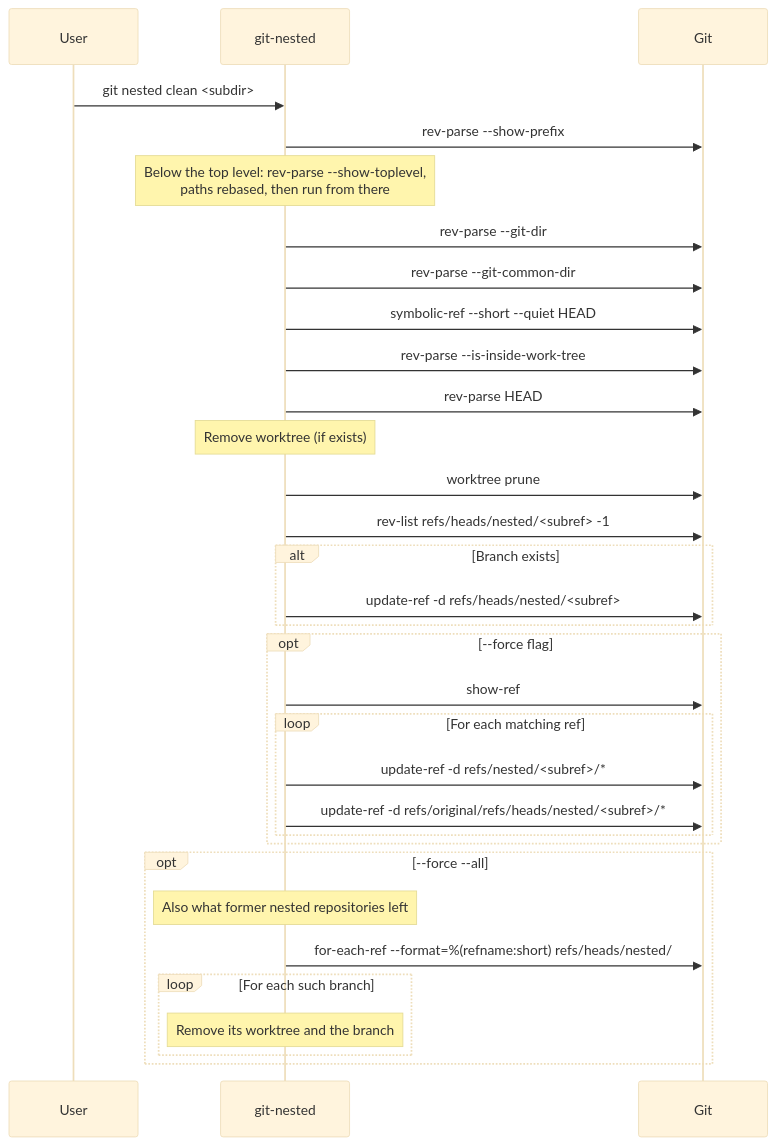
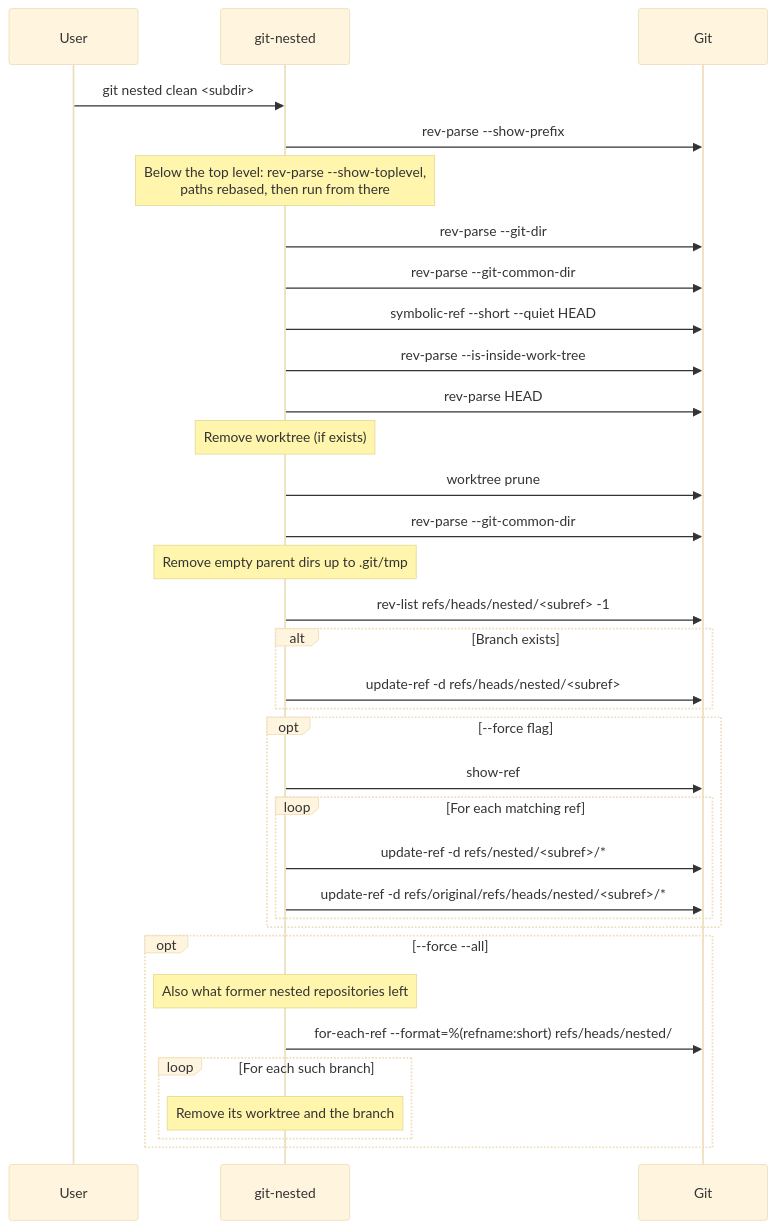
Before and after one commit to thorsten-klein/git-nested: diagram 12 of 14 in docs/diagrams.md, drawn with Mermaid (base theme). The commit also changed other lines of this file and 2 other files, not shown here.

First line of the commit message:
fix: `clean` removes the empty directories under `.git/tmp` (#120)

````diff
--- a/docs/diagrams.md
+++ b/docs/diagrams.md
@@ -611,39 +623,41 @@
 ```mermaid
 sequenceDiagram
     participant User
     participant git-nested
     participant Git
 
     User->>git-nested: git nested clean <subdir>
     git-nested->>Git: rev-parse --show-prefix
     Note over git-nested: Below the top level: rev-parse --show-toplevel,<br/>paths rebased, then run from there
     git-nested->>Git: rev-parse --git-dir
     git-nested->>Git: rev-parse --git-common-dir
     git-nested->>Git: symbolic-ref --short --quiet HEAD
     git-nested->>Git: rev-parse --is-inside-work-tree
     git-nested->>Git: rev-parse HEAD
 
     Note over git-nested: Remove worktree (if exists)
     git-nested->>Git: worktree prune
+    git-nested->>Git: rev-parse --git-common-dir
+    Note over git-nested: Remove empty parent dirs up to .git/tmp
 
     git-nested->>Git: rev-list refs/heads/nested/<subref> -1
     alt Branch exists
         git-nested->>Git: update-ref -d refs/heads/nested/<subref>
     end
 
     opt --force flag
         git-nested->>Git: show-ref
         loop For each matching ref
             git-nested->>Git: update-ref -d refs/nested/<subref>/*
             git-nested->>Git: update-ref -d refs/original/refs/heads/nested/<subref>/*
         end
     end
 
     opt --force --all
         Note over git-nested: Also what former nested repositories left
         git-nested->>Git: for-each-ref --format=%(refname:short) refs/heads/nested/
         loop For each such branch
             Note over git-nested: Remove its worktree and the branch
         end
     end
 ```
````
